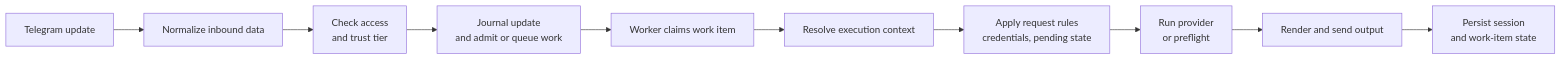
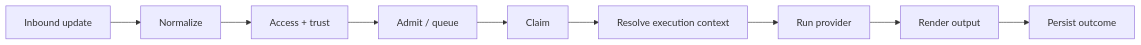
Before and after one commit to privacynow/octopus: the second of 3 diagrams in docs/ARCHITECTURE.md, drawn with Mermaid. The commit also changed other lines of this file and 36 other files, not shown here.

````diff
--- a/docs/ARCHITECTURE.md
+++ b/docs/ARCHITECTURE.md
@@ -508,15 +63,11 @@
 ```mermaid
 flowchart LR
-    U["Telegram update"]
-    T["Normalize inbound data"]
-    A["Check access<br/>and trust tier"]
-    Q["Journal update<br/>and admit or queue work"]
-    W["Worker claims work item"]
-    X["Resolve execution context"]
-    R["Apply request rules<br/>credentials, pending state"]
-    P["Run provider<br/>or preflight"]
-    O["Render and send output"]
-    S["Persist session<br/>and work-item state"]
-
-    U --> T --> A --> Q --> W --> X --> R --> P --> O --> S
+    U["Inbound update"] --> N["Normalize"]
+    N --> A["Access + trust"]
+    A --> Q["Admit / queue"]
+    Q --> W["Claim"]
+    W --> X["Resolve execution context"]
+    X --> P["Run provider"]
+    P --> O["Render output"]
+    O --> S["Persist outcome"]
 ```
````
